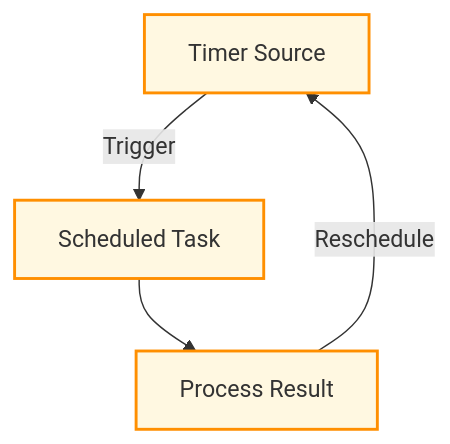
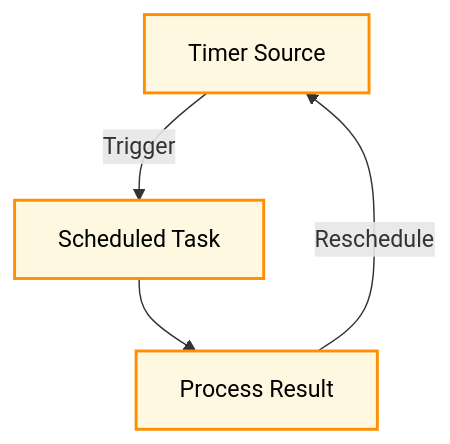
One commit to aitoroses/floxide changed the sixth of 9 diagrams in README.md. Above: the diagram before and after it, drawn with Mermaid. The commit also changed other lines of this file, not shown here.

First line of the commit message:
🦀 Improve Mermaid Diagram Readability in README

````diff
--- a/README.md
+++ b/README.md
@@ -217,9 +217,9 @@
 ```mermaid
 graph TD
     A["Timer Source"] -->|Trigger| B["Scheduled Task"]
     B --> C["Process Result"]
     C -->|Reschedule| A
-    style A fill:#fff8e1,stroke:#ff8f00,stroke-width:2px
-    style B fill:#fff8e1,stroke:#ff8f00,stroke-width:2px
-    style C fill:#fff8e1,stroke:#ff8f00,stroke-width:2px
+    style A fill:#fff8e1,stroke:#ff8f00,stroke-width:2px,color:black
+    style B fill:#fff8e1,stroke:#ff8f00,stroke-width:2px,color:black
+    style C fill:#fff8e1,stroke:#ff8f00,stroke-width:2px,color:black
 ```
````
